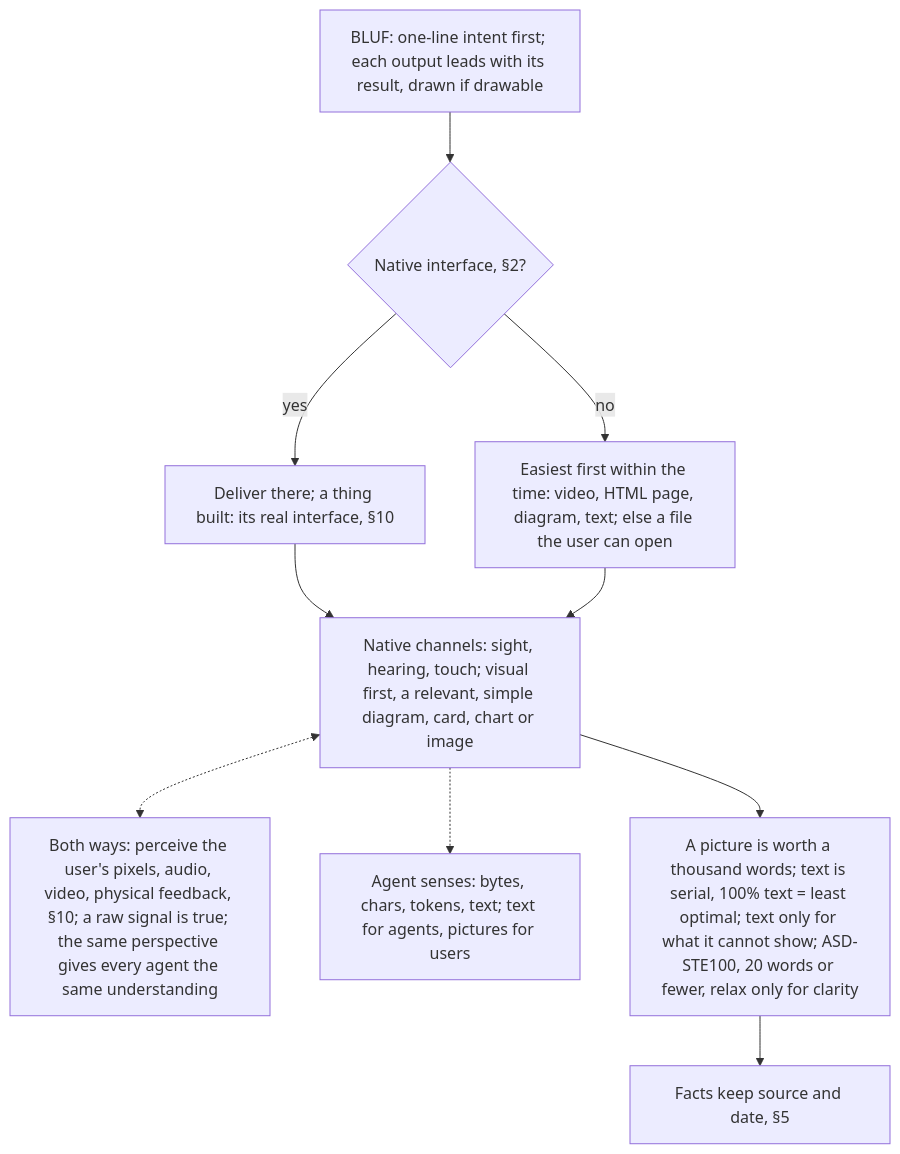
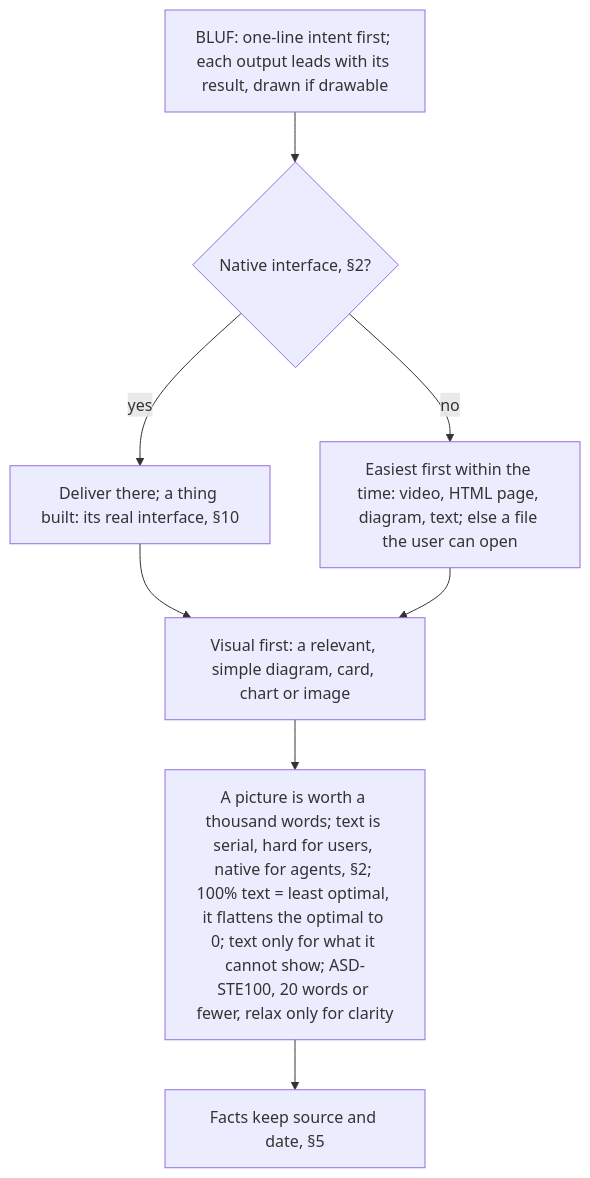
One commit to SolenixAI/arbiter changed diagram 12 of 14 in AGENTS.md. Above: the diagram before and after it, drawn with Mermaid. The commit also changed other lines of this file and 1 other file, not shown here.

Commit message:
docs(agents): section 2 is Optimal AUX: two sides, each senses to perception, latency between

````diff
--- a/AGENTS.md
+++ b/AGENTS.md
@@ -493,12 +491,10 @@
 ```mermaid
 flowchart TD
   IL["BLUF: one-line intent first; each output leads with its result, drawn if drawable"] --> N{Native interface, §2?}
   N -->|yes| V["Deliver there; a thing built: its real interface, §10"]
   N -->|no| F["Easiest first within the time: video, HTML page, diagram, text; else a file the user can open"]
-  V --> VF["Native channels: sight, hearing, touch; visual first, a relevant, simple diagram, card, chart or image"]
-  VF <-.-> BW["Both ways: perceive the user's pixels, audio, video, physical feedback, §10; a raw signal is true; the same perspective gives every agent the same understanding"]
-  VF -.-> AS["Agent senses: bytes, chars, tokens, text; text for agents, pictures for users"]
+  V --> VF["Visual first: a relevant, simple diagram, card, chart or image"]
   F --> VF
-  VF --> T["A picture is worth a thousand words; text is serial, 100% text = least optimal; text only for what it cannot show; ASD-STE100, 20 words or fewer, relax only for clarity"]
+  VF --> T["A picture is worth a thousand words; text is serial, hard for users, native for agents, §2; 100% text = least optimal, it flattens the optimal to 0; text only for what it cannot show; ASD-STE100, 20 words or fewer, relax only for clarity"]
   T --> E["Facts keep source and date, §5"]
 ```
````
